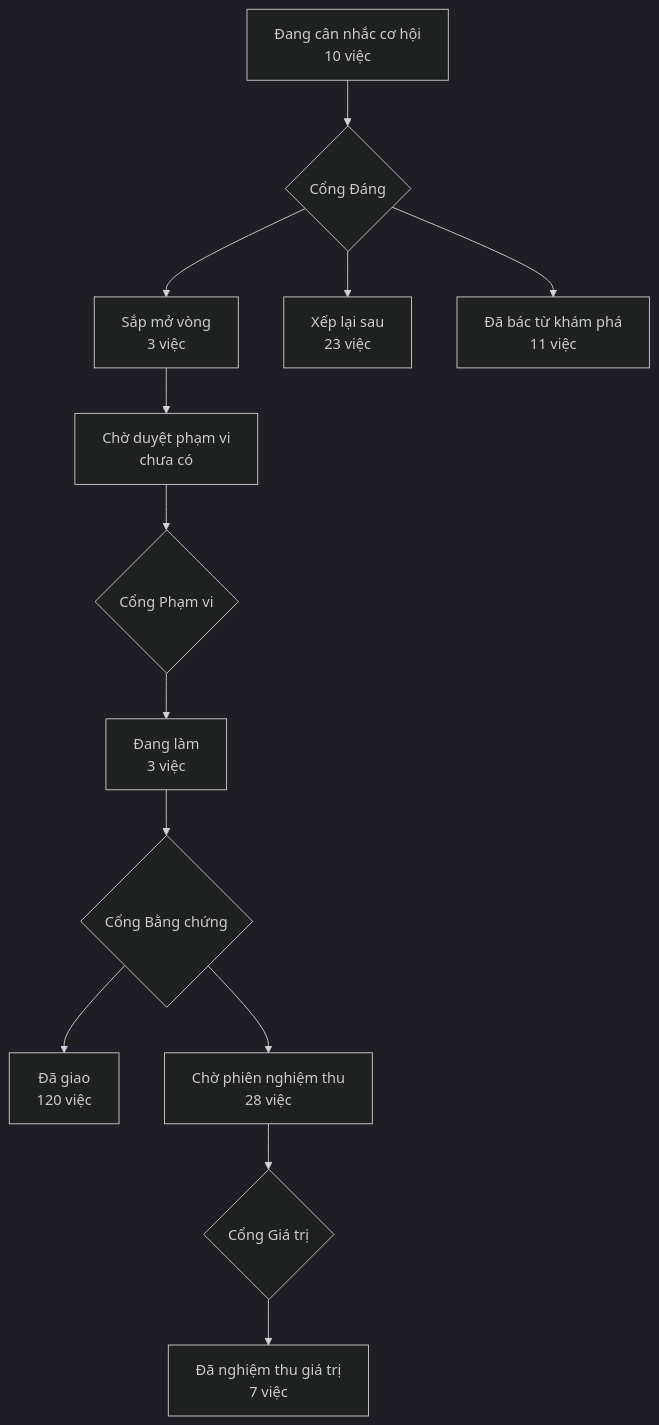
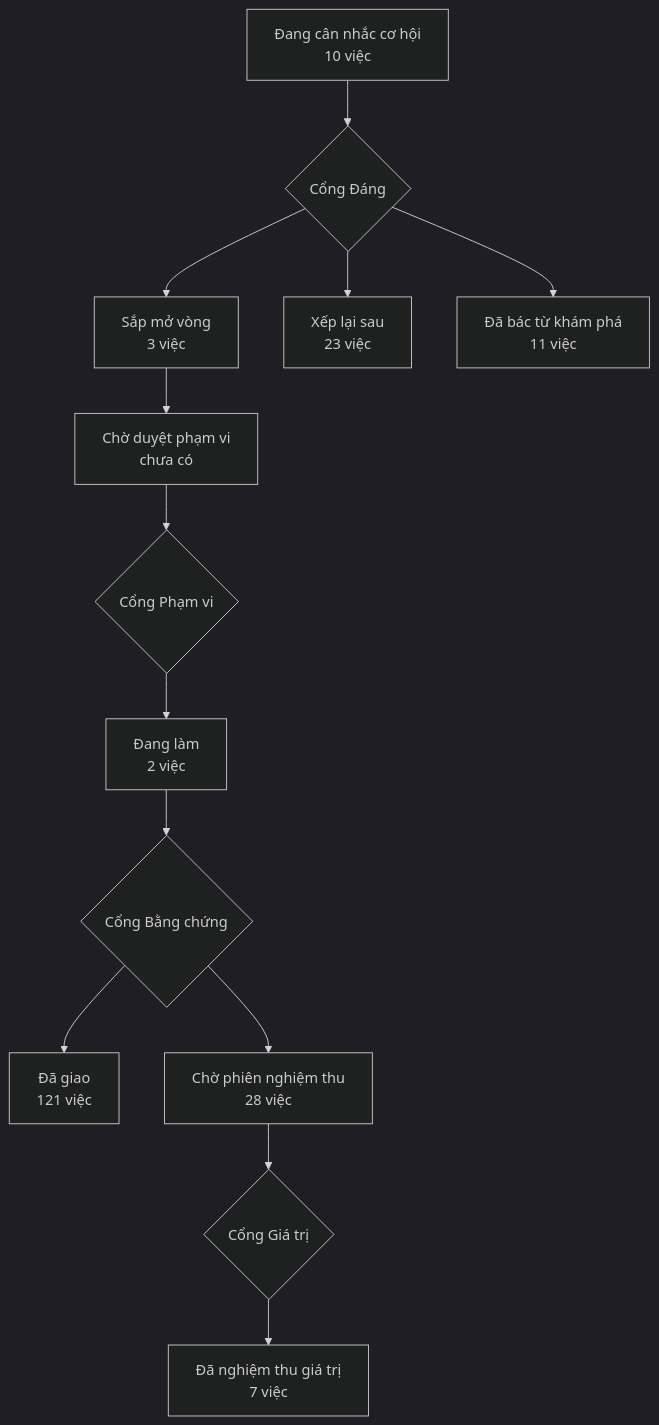
The diagram in PRODUCT-MAP.md (phanlemanh/acceptance-gate-kit), drawn with Mermaid (dark theme) before and after one commit. The commit also changed 7 other files, not shown here.

````diff
--- a/PRODUCT-MAP.md
+++ b/PRODUCT-MAP.md
@@ -7,12 +7,12 @@
 ```mermaid
 flowchart TD
   A["Đang cân nhắc cơ hội<br/>10 việc"] --> GD{"Cổng Đáng"}
   GD --> B["Sắp mở vòng<br/>3 việc"]
   GD --> XL["Xếp lại sau<br/>23 việc"]
   GD --> DB["Đã bác từ khám phá<br/>11 việc"]
   B --> CD["Chờ duyệt phạm vi<br/>chưa có"] --> GP{"Cổng Phạm vi"}
-  GP --> DL["Đang làm<br/>3 việc"] --> GB{"Cổng Bằng chứng"}
-  GB --> DG["Đã giao<br/>120 việc"]
+  GP --> DL["Đang làm<br/>2 việc"] --> GB{"Cổng Bằng chứng"}
+  GB --> DG["Đã giao<br/>121 việc"]
   GB --> CN["Chờ phiên nghiệm thu<br/>28 việc"] --> GG{"Cổng Giá trị"}
   GG --> NT["Đã nghiệm thu giá trị<br/>7 việc"]
 ```
````
